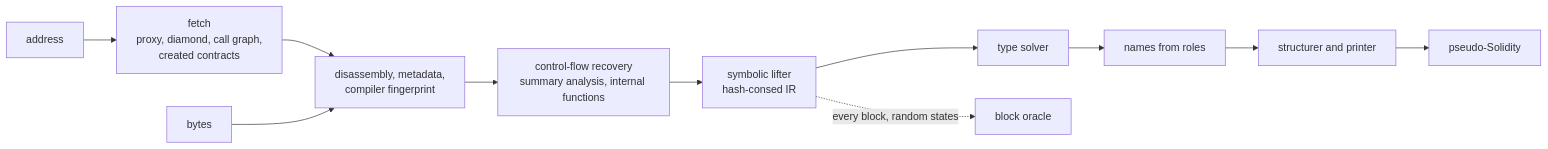
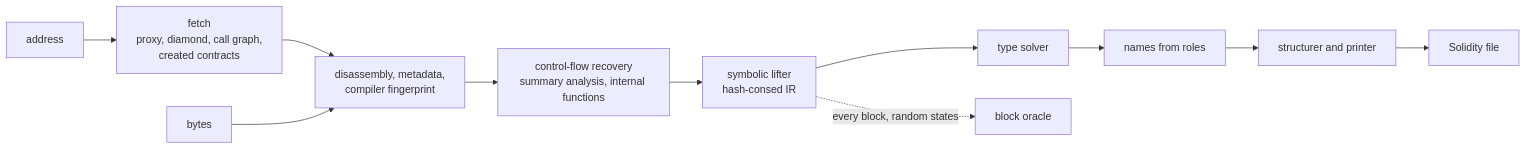
The first of 2 diagrams in README.md (rink3y/Evmdec), drawn with Mermaid before and after one commit. The commit also changed other lines of this file, not shown here.

````diff
--- a/README.md
+++ b/README.md
@@ -20,13 +20,13 @@
 ```mermaid
 flowchart LR
     A0[address] --> A1[fetch<br/>proxy, diamond, call graph,<br/>created contracts]
     A1 --> B
     A[bytes] --> B[disassembly, metadata,<br/>compiler fingerprint]
     B --> C[control-flow recovery<br/>summary analysis, internal functions]
     C --> D[symbolic lifter<br/>hash-consed IR]
     D --> E[type solver]
     E --> N[names from roles]
     N --> F[structurer and printer]
-    F --> G[pseudo-Solidity]
+    F --> G[Solidity file]
     D -. every block, random states .-> K[block oracle]
 ```
````
